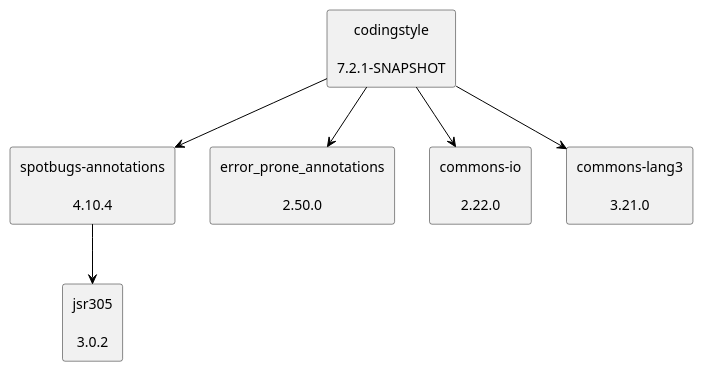
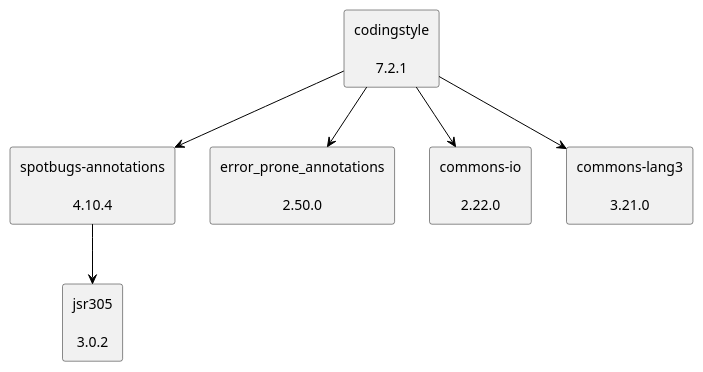
Before and after one commit to uhafner/codingstyle: the diagram in doc/dependency-graph.puml, drawn with PlantUML.

Commit message:
Update dependency graph to latest versions from POM

```diff
--- a/doc/dependency-graph.puml
+++ b/doc/dependency-graph.puml
@@ -1,20 +1,20 @@
 @startuml
 skinparam defaultTextAlignment center
 skinparam rectangle {
   BackgroundColor<<optional>> beige
   BackgroundColor<<test>> lightGreen
   BackgroundColor<<runtime>> lightBlue
   BackgroundColor<<provided>> lightGray
 }
 rectangle "spotbugs-annotations\n\n4.10.4" as com_github_spotbugs_spotbugs_annotations_jar
 rectangle "jsr305\n\n3.0.2" as com_google_code_findbugs_jsr305_jar
-rectangle "codingstyle\n\n7.2.1-SNAPSHOT" as edu_hm_hafner_codingstyle_jar
+rectangle "codingstyle\n\n7.2.1" as edu_hm_hafner_codingstyle_jar
 rectangle "error_prone_annotations\n\n2.50.0" as com_google_errorprone_error_prone_annotations_jar
 rectangle "commons-io\n\n2.22.0" as commons_io_commons_io_jar
 rectangle "commons-lang3\n\n3.21.0" as org_apache_commons_commons_lang3_jar
 com_github_spotbugs_spotbugs_annotations_jar -[#000000]-> com_google_code_findbugs_jsr305_jar
 edu_hm_hafner_codingstyle_jar -[#000000]-> com_github_spotbugs_spotbugs_annotations_jar
 edu_hm_hafner_codingstyle_jar -[#000000]-> com_google_errorprone_error_prone_annotations_jar
 edu_hm_hafner_codingstyle_jar -[#000000]-> commons_io_commons_io_jar
 edu_hm_hafner_codingstyle_jar -[#000000]-> org_apache_commons_commons_lang3_jar
 @enduml
```
